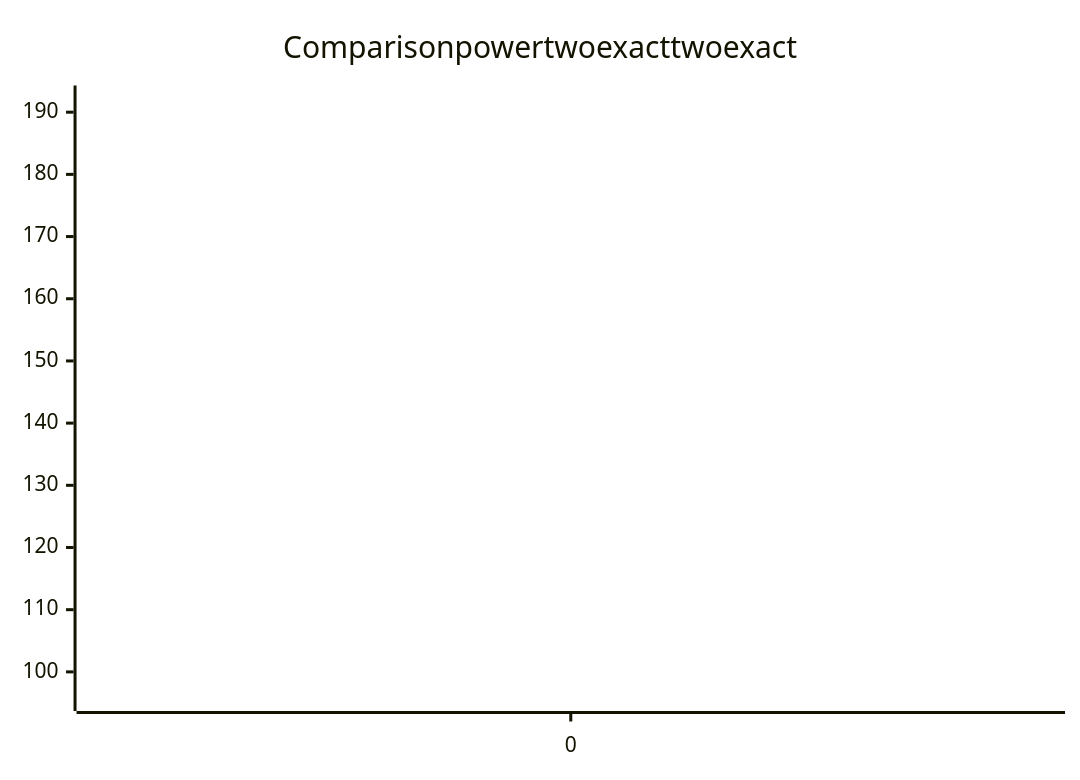
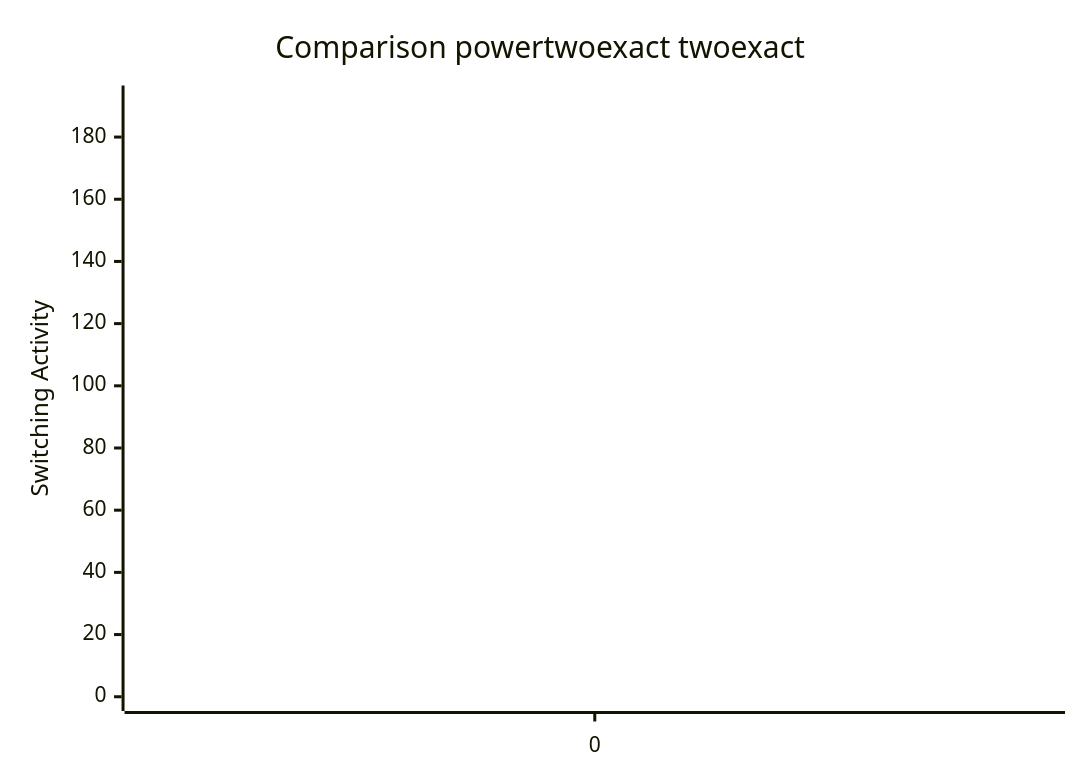
Before and after one commit to FeldmeierMichael/Exact-Power-Synthesis: the diagram in benchmark.md, drawn with Mermaid. The commit also changed other lines of this file and 2 other files, not shown here.

````diff
--- a/benchmark.md
+++ b/benchmark.md
@@ -11,7 +11,8 @@
 ```mermaid
 xychart-beta
-    title Comparison powertwoexact twoexact
+    title "Comparison powertwoexact twoexact"
     x-axis [0]
+    y-axis "Switching Activity" 0-->192
     line [96]
     line [192]
 ```
````
